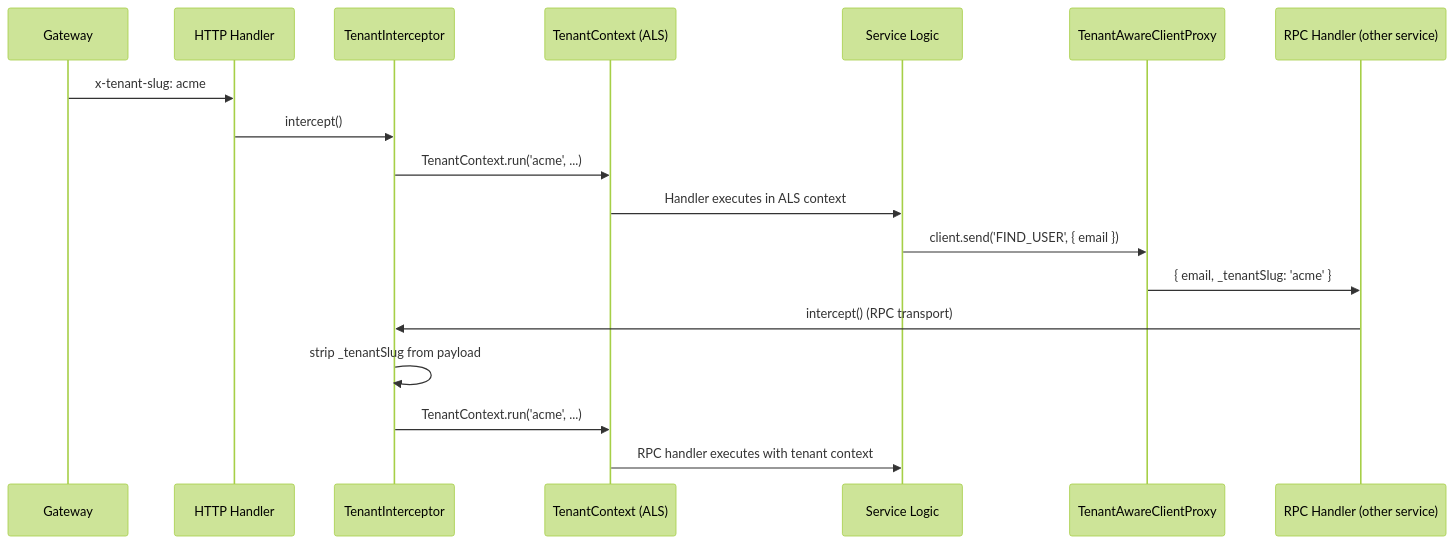
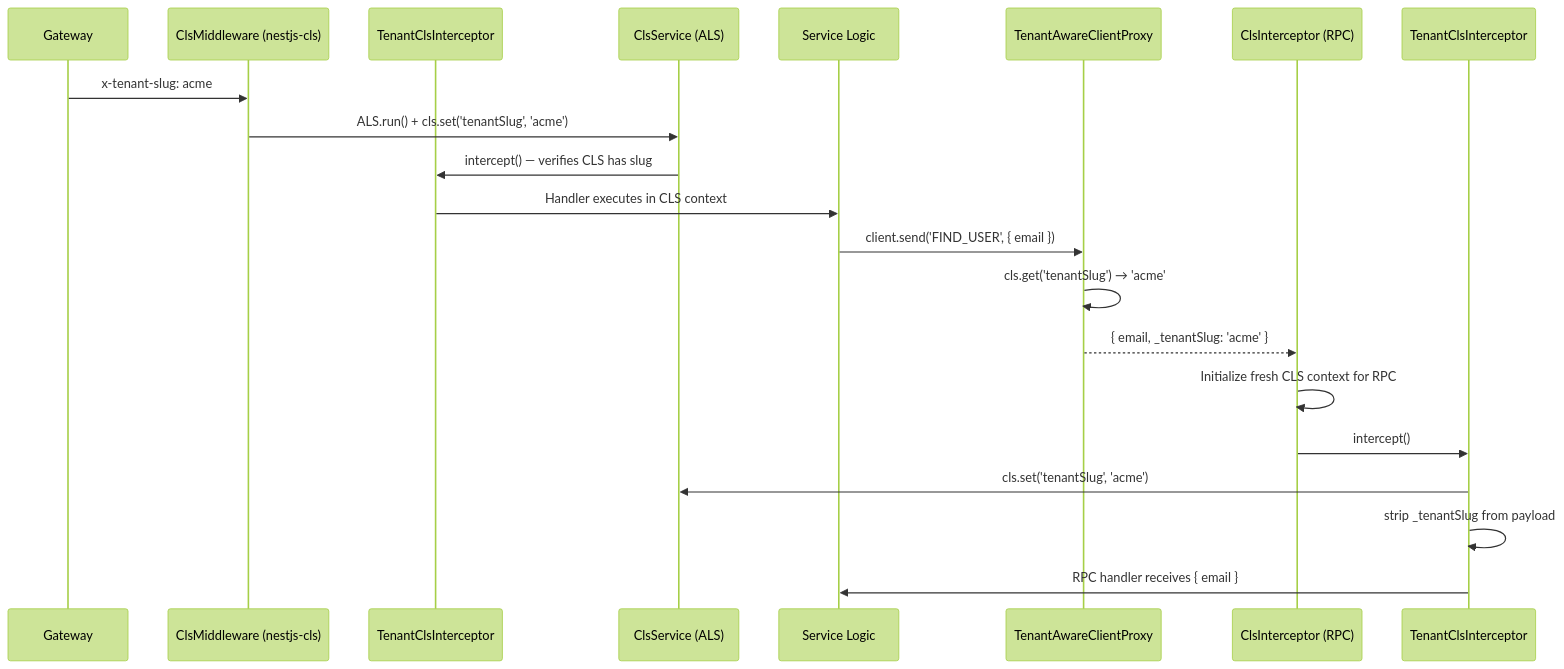
The second of 4 diagrams in docs/shared/service-common.md (CucuProject/cucu-docs), drawn with Mermaid (forest theme) before and after one commit. The commit also changed other lines of this file and 8 other files, not shown here.

First line of the commit message:
docs: update for nestjs-cls migration, JWT auth middleware, gateway refactor

````diff
--- a/docs/shared/service-common.md
+++ b/docs/shared/service-common.md
@@ -140,21 +153,24 @@
 ```mermaid
 sequenceDiagram
     participant GW as Gateway
-    participant HTTP as HTTP Handler
-    participant TI as TenantInterceptor
-    participant ALS as TenantContext (ALS)
+    participant ClsMW as ClsMiddleware (nestjs-cls)
+    participant TCI as TenantClsInterceptor
+    participant CLS as ClsService (ALS)
     participant SVC as Service Logic
     participant TAP as TenantAwareClientProxy
-    participant RPC as RPC Handler (other service)
+    participant ClsInt as ClsInterceptor (RPC)
+    participant TCI2 as TenantClsInterceptor
 
-    GW->>HTTP: x-tenant-slug: acme
-    HTTP->>TI: intercept()
-    TI->>ALS: TenantContext.run('acme', ...)
-    ALS->>SVC: Handler executes in ALS context
+    GW->>ClsMW: x-tenant-slug: acme
+    ClsMW->>CLS: ALS.run() + cls.set('tenantSlug', 'acme')
+    CLS->>TCI: intercept() — verifies CLS has slug
+    TCI->>SVC: Handler executes in CLS context
     SVC->>TAP: client.send('FIND_USER', { email })
-    TAP->>RPC: { email, _tenantSlug: 'acme' }
-    RPC->>TI: intercept() (RPC transport)
-    TI->>TI: strip _tenantSlug from payload
-    TI->>ALS: TenantContext.run('acme', ...)
-    ALS->>SVC: RPC handler executes with tenant context
+    TAP->>TAP: cls.get('tenantSlug') → 'acme'
+    TAP-->>ClsInt: { email, _tenantSlug: 'acme' }
+    ClsInt->>ClsInt: Initialize fresh CLS context for RPC
+    ClsInt->>TCI2: intercept()
+    TCI2->>CLS: cls.set('tenantSlug', 'acme')
+    TCI2->>TCI2: strip _tenantSlug from payload
+    TCI2->>SVC: RPC handler receives { email }
 ```
````
